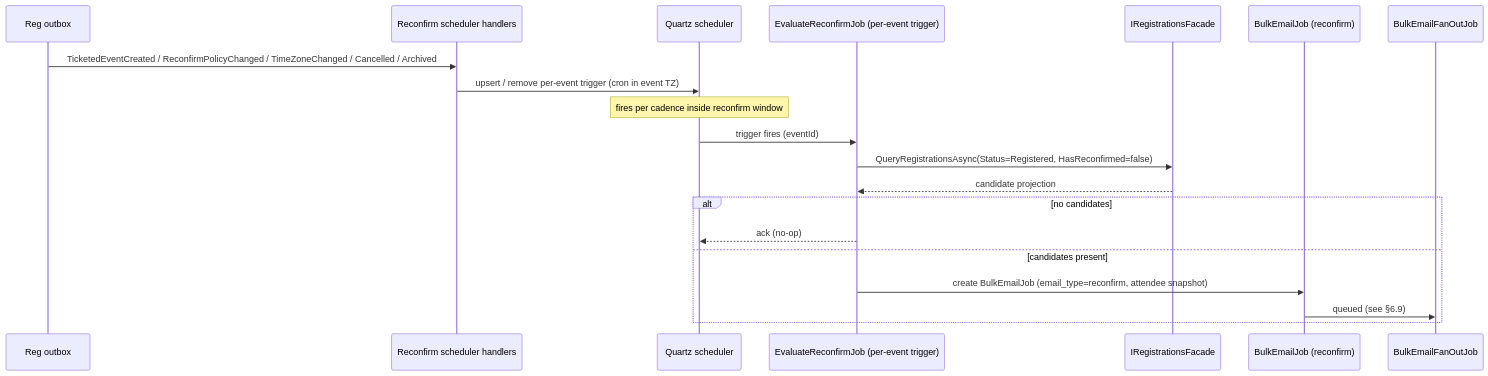
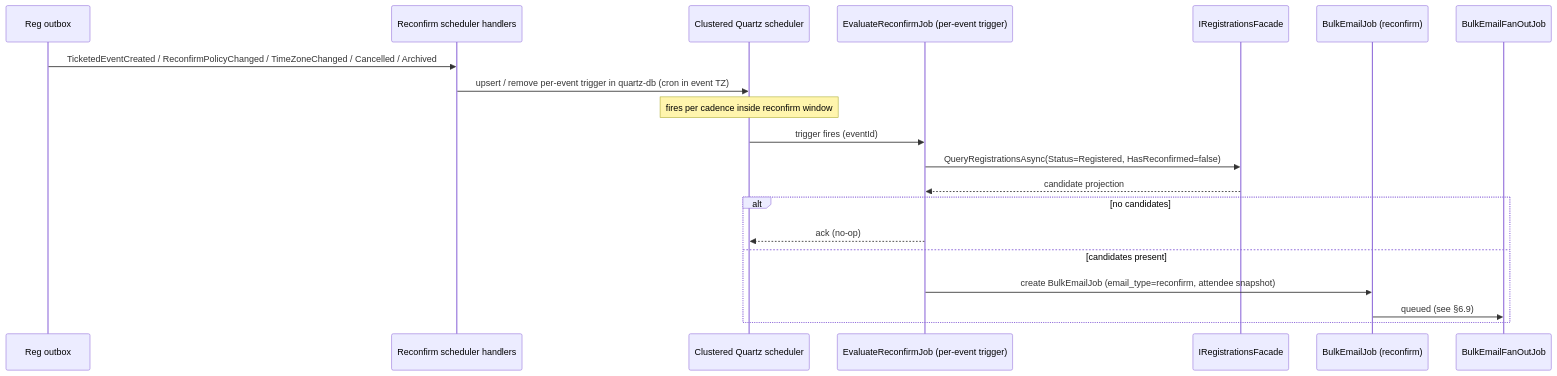
Before and after one commit to amolenk/Admitto: the ninth of 10 diagrams in docs/arc42/06-runtime-view.md, drawn with Mermaid. The commit also changed other lines of this file and 75 other files, not shown here.

````diff
--- a/docs/arc42/06-runtime-view.md
+++ b/docs/arc42/06-runtime-view.md
@@ -273,23 +273,23 @@
 ```mermaid
 sequenceDiagram
     participant RegOutbox as Reg outbox
     participant ReconfirmHandlers as Reconfirm scheduler handlers
-    participant Quartz as Quartz scheduler
+    participant Quartz as Clustered Quartz scheduler
     participant Eval as EvaluateReconfirmJob (per-event trigger)
     participant Facade as IRegistrationsFacade
     participant Job as BulkEmailJob (reconfirm)
     participant FanOut as BulkEmailFanOutJob
 
     RegOutbox->>ReconfirmHandlers: TicketedEventCreated / ReconfirmPolicyChanged / TimeZoneChanged / Cancelled / Archived
-    ReconfirmHandlers->>Quartz: upsert / remove per-event trigger (cron in event TZ)
+    ReconfirmHandlers->>Quartz: upsert / remove per-event trigger in quartz-db (cron in event TZ)
     Note over Quartz: fires per cadence inside reconfirm window
     Quartz->>Eval: trigger fires (eventId)
     Eval->>Facade: QueryRegistrationsAsync(Status=Registered, HasReconfirmed=false)
     Facade-->>Eval: candidate projection
     alt no candidates
       Eval-->>Quartz: ack (no-op)
     else candidates present
       Eval->>Job: create BulkEmailJob (email_type=reconfirm, attendee snapshot)
       Job->>FanOut: queued (see §6.9)
     end
 ```
````
